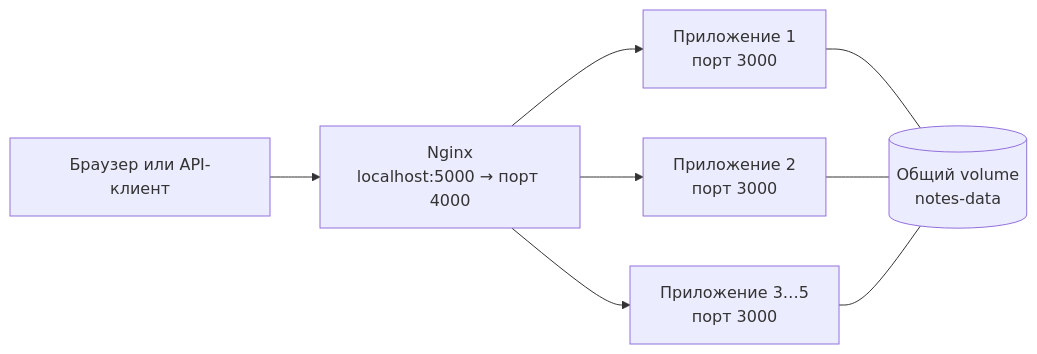
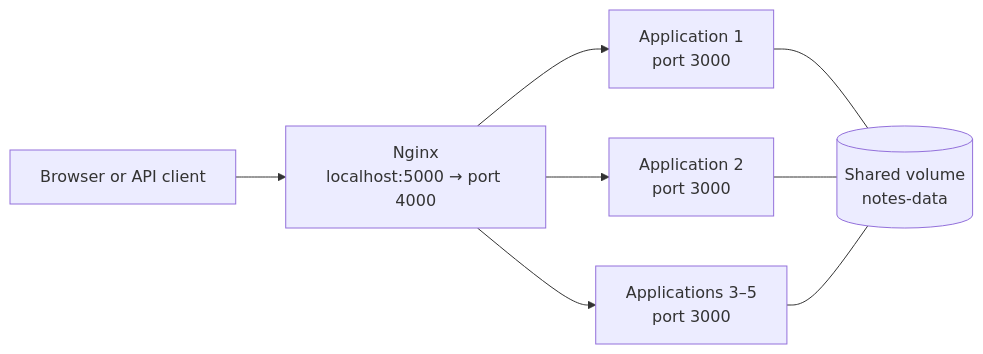
One commit to Alexmir888/digi-tech-one changed the diagram in README.md. Above: the diagram before and after it, drawn with Mermaid. The commit also changed other lines of this file, not shown here.

````diff
--- a/README.md
+++ b/README.md
@@ -40,17 +40,17 @@
 ```mermaid
 flowchart LR
-    User["Браузер или API-клиент"]
-    Nginx["Nginx<br/>localhost:5000 → порт 4000"]
-    App1["Приложение 1<br/>порт 3000"]
-    App2["Приложение 2<br/>порт 3000"]
-    AppN["Приложение 3…5<br/>порт 3000"]
-    Volume[("Общий volume<br/>notes-data")]
+    User["Browser or API client"]
+    Nginx["Nginx<br/>localhost:5000 → port 4000"]
+    App1["Application 1<br/>port 3000"]
+    App2["Application 2<br/>port 3000"]
+    AppN["Applications 3–5<br/>port 3000"]
+    Volume[("Shared volume<br/>notes-data")]
 
     User --> Nginx
     Nginx --> App1
     Nginx --> App2
     Nginx --> AppN
     App1 --- Volume
     App2 --- Volume
     AppN --- Volume
 ```
````
